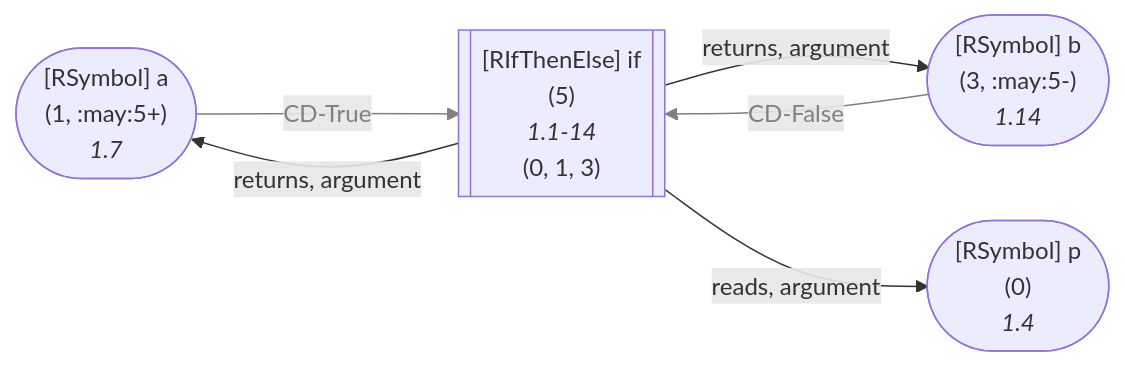
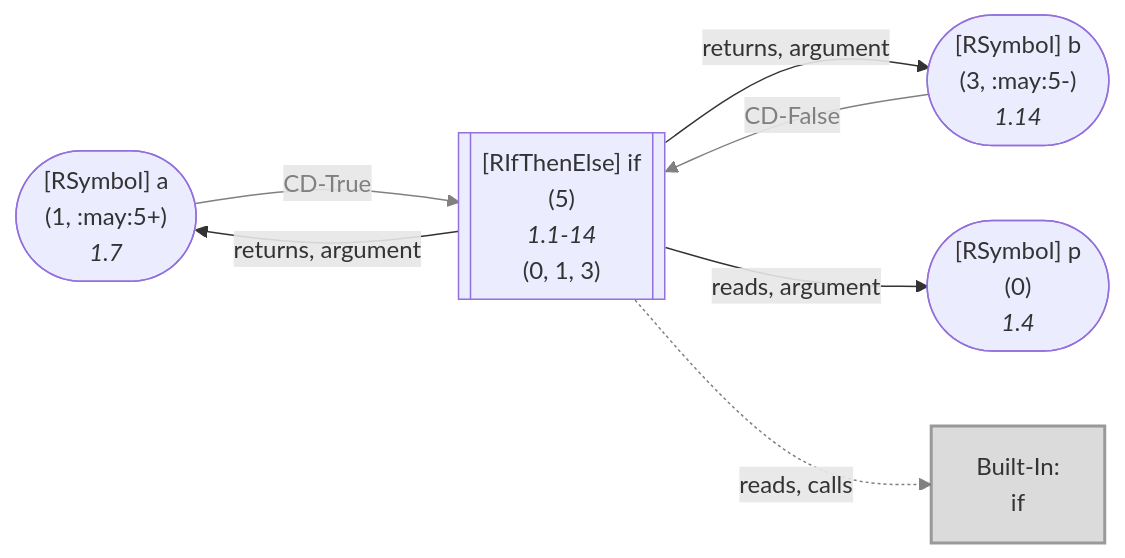
One commit to flowr-analysis/flowr changed diagram 14 of 51 in wiki/Dataflow Graph.md. Above: the diagram before and after it, drawn with Mermaid. The commit also changed other lines of this file and 339 other files, not shown here.

````diff
--- a/wiki/Dataflow Graph.md
+++ b/wiki/Dataflow Graph.md
@@ -2183,23 +2355,28 @@
 ```mermaid
 flowchart LR
     0(["`#91;RSymbol#93; p
       (0)
       *1.4*`"])
     1(["`#91;RSymbol#93; a
       (1, :may:5+)
       *1.7*`"])
     3(["`#91;RSymbol#93; b
       (3, :may:5-)
       *1.14*`"])
     5[["`#91;RIfThenElse#93; if
       (5)
       *1.1-14*
     (0, 1, 3)`"]]
+    built-in:if["`Built-In:
+if`"]
+    style built-in:if stroke:gray,fill:lightgray,stroke-width:2px,opacity:.8;
     1 -->|"CD-True"| 5
     linkStyle 0 stroke:gray,color:gray;
     3 -->|"CD-False"| 5
     linkStyle 1 stroke:gray,color:gray;
     5 -->|"returns, argument"| 1
     5 -->|"returns, argument"| 3
     5 -->|"reads, argument"| 0
+    5 -.->|"reads, calls"| built-in:if
+    linkStyle 5 stroke:gray;
 ```
````
